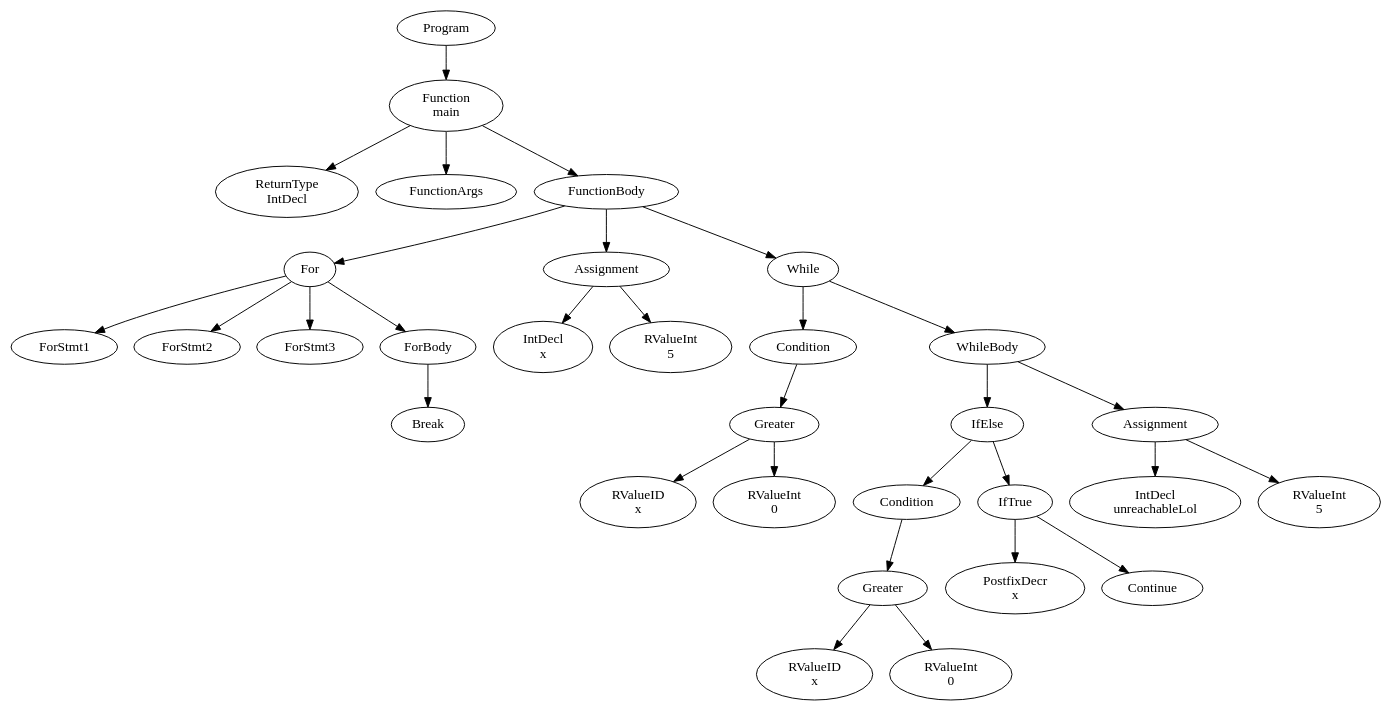
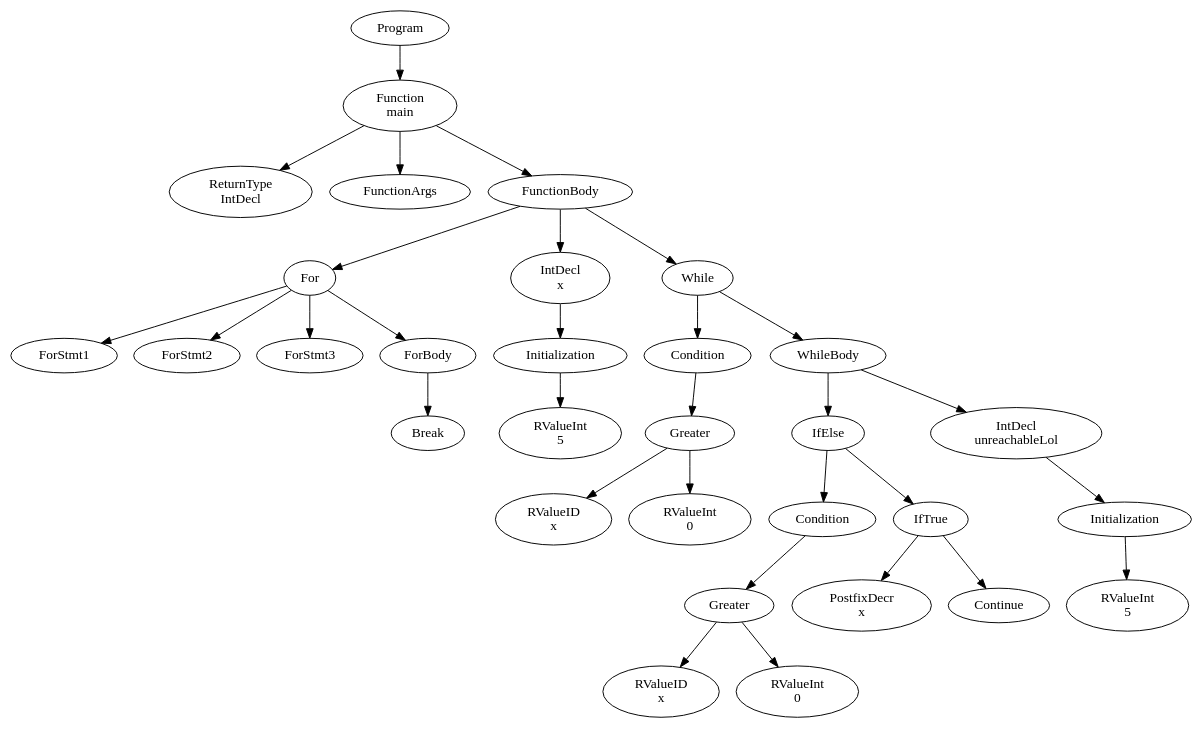
The diagram in official/res/solutions/break_continue.dot (FedericoQuin/Compilers), drawn with Graphviz before and after one commit. The commit also changed 19 other files, not shown here.

```diff
--- a/official/res/solutions/break_continue.dot
+++ b/official/res/solutions/break_continue.dot
@@ -1,63 +1,63 @@
 digraph AST {
 1 [label="Program"];
 2 [label="Function \nmain"];
 3 [label="ReturnType \nIntDecl"];
 4 [label="FunctionArgs"];
 5 [label="FunctionBody"];
 6 [label="For"];
 7 [label="ForStmt1"];
 8 [label="ForStmt2"];
 9 [label="ForStmt3"];
 10 [label="ForBody"];
 11 [label="Break"];
 10 -> 11;
 6 -> 7;
 6 -> 8;
 6 -> 9;
 6 -> 10;
-12 [label="Assignment"];
-13 [label="IntDecl \nx"];
+12 [label="IntDecl \nx"];
+13 [label="Initialization"];
 14 [label="RValueInt \n5"];
+13 -> 14;
 12 -> 13;
-12 -> 14;
 15 [label="While"];
 16 [label="Condition"];
 17 [label="Greater"];
 18 [label="RValueID \nx"];
 19 [label="RValueInt \n0"];
 17 -> 18;
 17 -> 19;
 16 -> 17;
 20 [label="WhileBody"];
 21 [label="IfElse"];
 22 [label="Condition"];
 23 [label="Greater"];
 24 [label="RValueID \nx"];
 25 [label="RValueInt \n0"];
 23 -> 24;
 23 -> 25;
 22 -> 23;
 26 [label="IfTrue"];
 27 [label="PostfixDecr \nx"];
 28 [label="Continue"];
 26 -> 27;
 26 -> 28;
 21 -> 22;
 21 -> 26;
-29 [label="Assignment"];
-30 [label="IntDecl \nunreachableLol"];
+29 [label="IntDecl \nunreachableLol"];
+30 [label="Initialization"];
 31 [label="RValueInt \n5"];
+30 -> 31;
 29 -> 30;
-29 -> 31;
 20 -> 21;
 20 -> 29;
 15 -> 16;
 15 -> 20;
 5 -> 6;
 5 -> 12;
 5 -> 15;
 2 -> 3;
 2 -> 4;
 2 -> 5;
 1 -> 2;
 }
```
